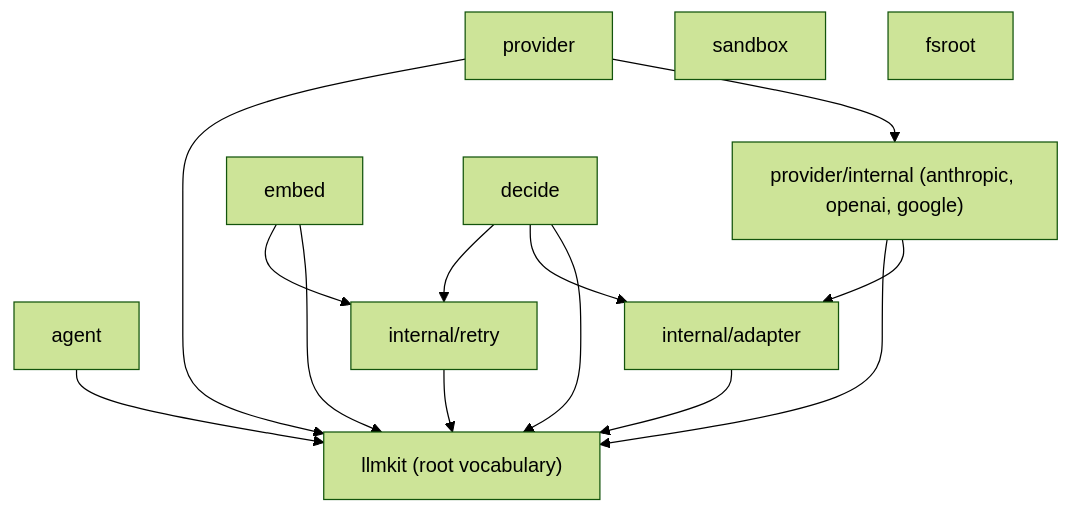
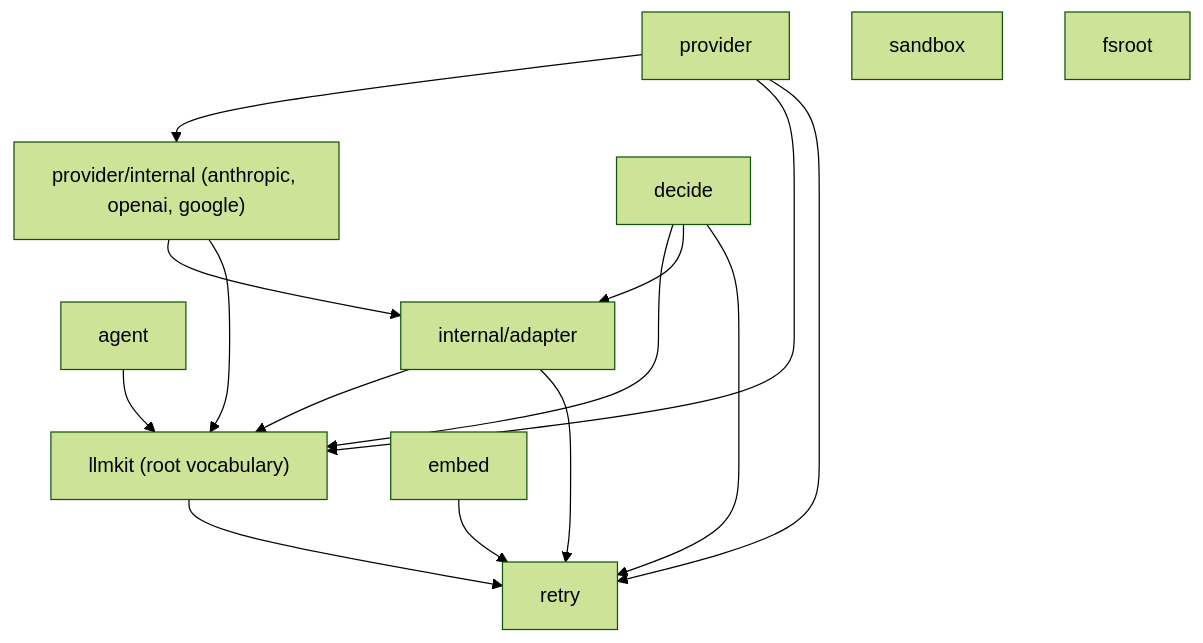
One commit to dpoage/llmkit changed the diagram in docs/design.md. Above: the diagram before and after it, drawn with Mermaid (forest theme). The commit also changed other lines of this file and 33 other files, not shown here.

First line of the commit message:
retry: one backoff loop in leaf package llmkit/retry; root keeps WithRetry (#8)

````diff
--- a/docs/design.md
+++ b/docs/design.md
@@ -12,18 +12,21 @@
 ```mermaid
 flowchart TD
     AGENT["agent"]
     PROV["provider"] --> ADAPTERS["provider/internal (anthropic, openai, google)"]
     ADAPTERS --> IA["internal/adapter"]
     IA --> ROOT["llmkit (root vocabulary)"]
     ADAPTERS --> ROOT
     PROV --> ROOT
     AGENT --> ROOT
-    EMBED["embed"] --> ROOT
-    EMBED --> RETRY["internal/retry"]
+    EMBED["embed"]
     DECIDE["decide"] --> ROOT
     DECIDE --> IA
+    RETRY["retry"]
+    ROOT --> RETRY
+    IA --> RETRY
+    PROV --> RETRY
+    EMBED --> RETRY
     DECIDE --> RETRY
-    RETRY --> ROOT
     SANDBOX["sandbox"]
     FSROOT["fsroot"]
 ```
````
